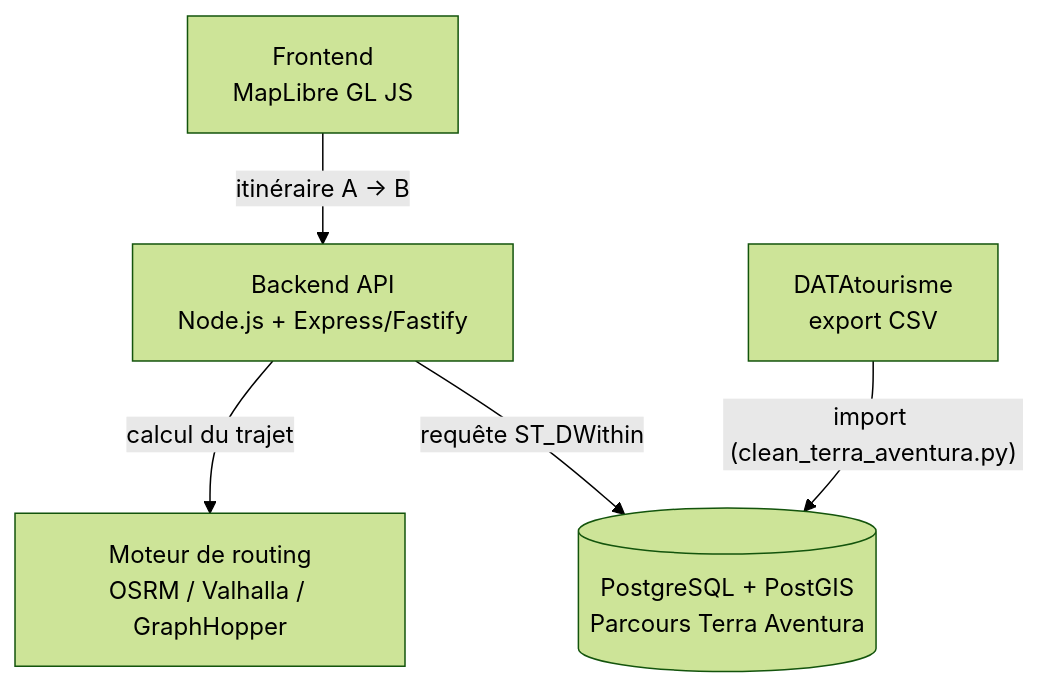
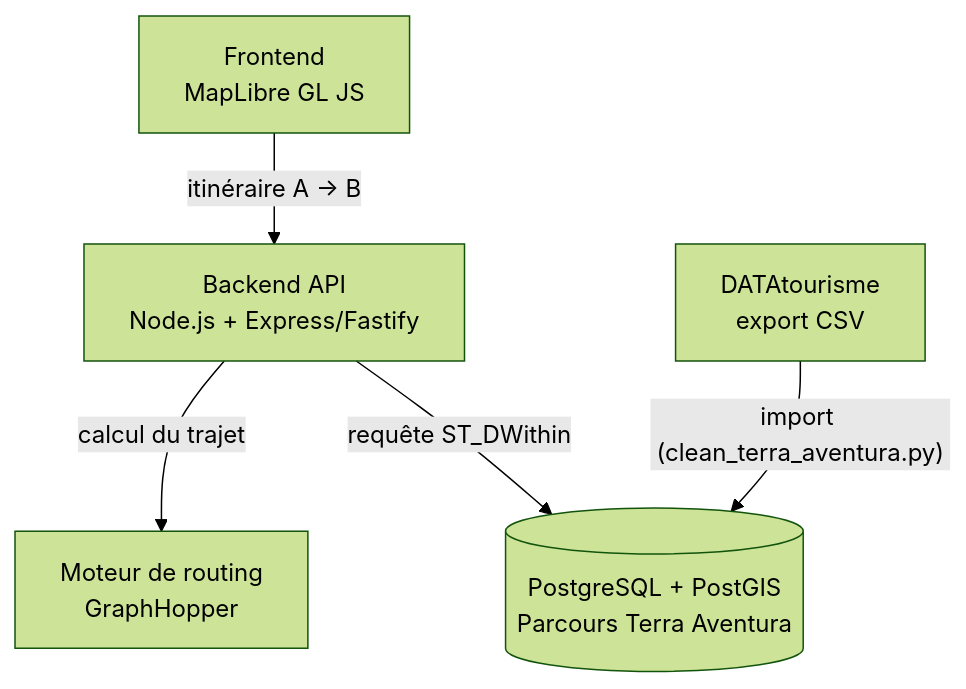
The diagram in README.md (mickablondo/terra-aventura-radar), drawn with Mermaid (forest theme) before and after one commit. The commit also changed other lines of this file and 1 other file, not shown here.

````diff
--- a/README.md
+++ b/README.md
@@ -10,7 +14,7 @@
 ```mermaid
 flowchart TD
     A["Frontend<br/>MapLibre GL JS"] -->|"itinéraire A → B"| B["Backend API<br/>Node.js + Express/Fastify"]
-    B -->|"calcul du trajet"| C["Moteur de routing<br/>OSRM / Valhalla / GraphHopper"]
+    B -->|"calcul du trajet"| C["Moteur de routing<br/>GraphHopper"]
     B -->|"requête ST_DWithin"| D[("PostgreSQL + PostGIS<br/>Parcours Terra Aventura")]
     E["DATAtourisme<br/>export CSV"] -->|"import (clean_terra_aventura.py)"| D
 ```
````
